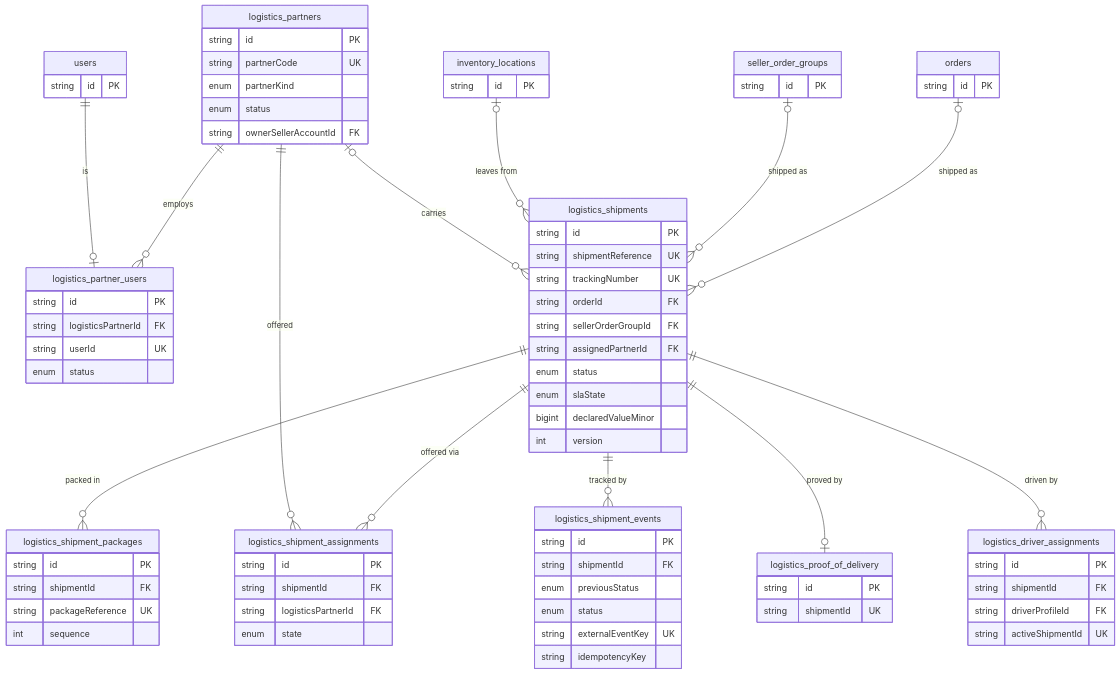
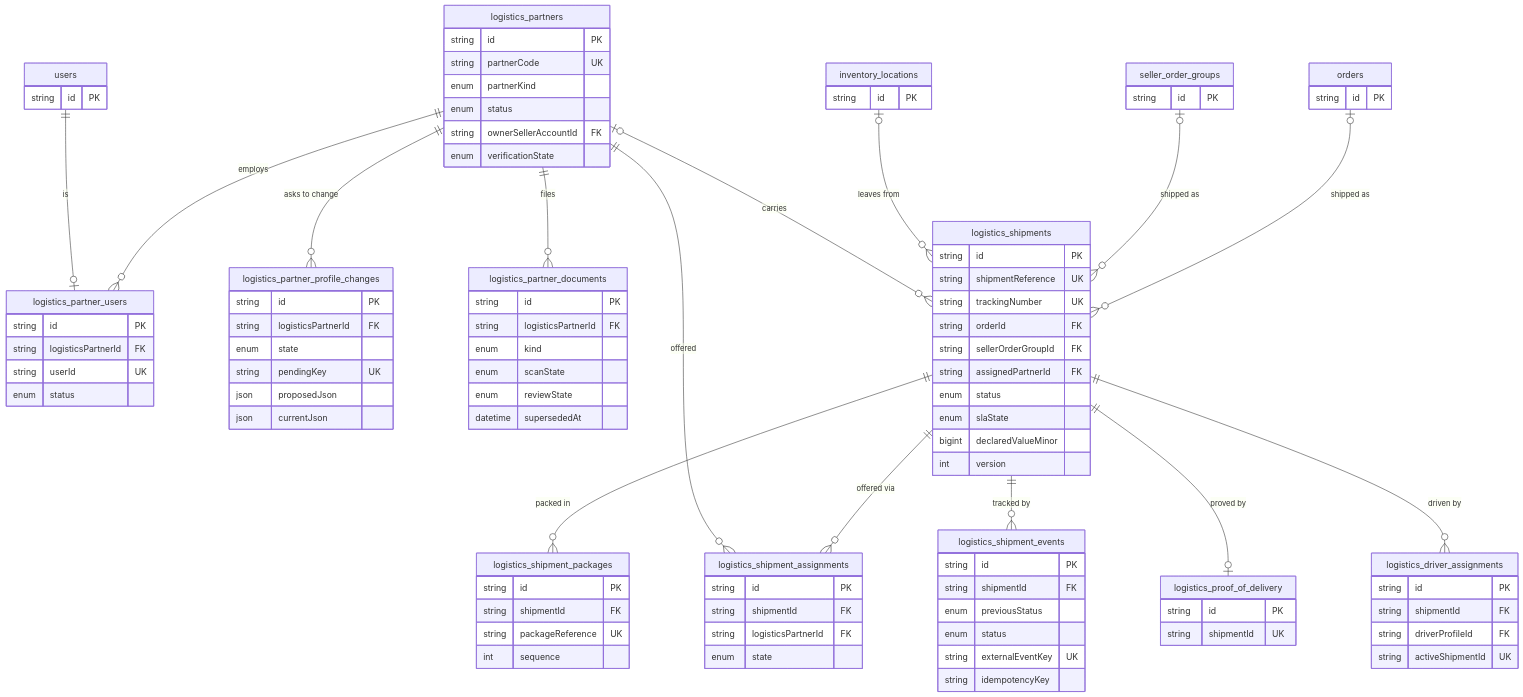
Before and after one commit to UBoss-AI/UBoss-Sourcing: diagram 27 of 39 in docs/DATABASE-DESIGN.md, drawn with Mermaid. The commit also changed other lines of this file and 236 other files, not shown here.

````diff
--- a/docs/DATABASE-DESIGN.md
+++ b/docs/DATABASE-DESIGN.md
@@ -3139,6 +3284,8 @@
 ```mermaid
 erDiagram
     logistics_partners ||--o{ logistics_partner_users : "employs"
+    logistics_partners ||--o{ logistics_partner_profile_changes : "asks to change"
+    logistics_partners ||--o{ logistics_partner_documents : "files"
     users ||--o| logistics_partner_users : "is"
     orders |o--o{ logistics_shipments : "shipped as"
     seller_order_groups |o--o{ logistics_shipments : "shipped as"
@@ -3156,6 +3303,23 @@
         enum partnerKind
         enum status
         string ownerSellerAccountId FK
+        enum verificationState
+    }
+    logistics_partner_profile_changes {
+        string id PK
+        string logisticsPartnerId FK
+        enum state
+        string pendingKey UK
+        json proposedJson
+        json currentJson
+    }
+    logistics_partner_documents {
+        string id PK
+        string logisticsPartnerId FK
+        enum kind
+        enum scanState
+        enum reviewState
+        datetime supersededAt
     }
     logistics_partner_users {
         string id PK
````
